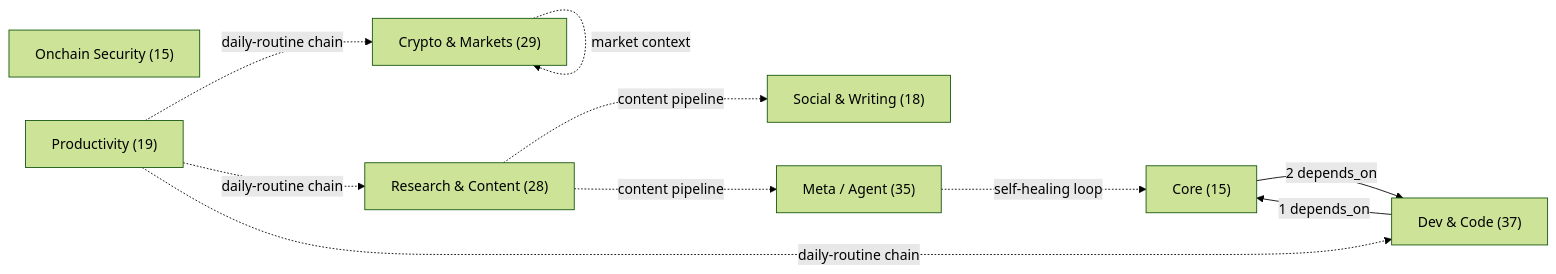
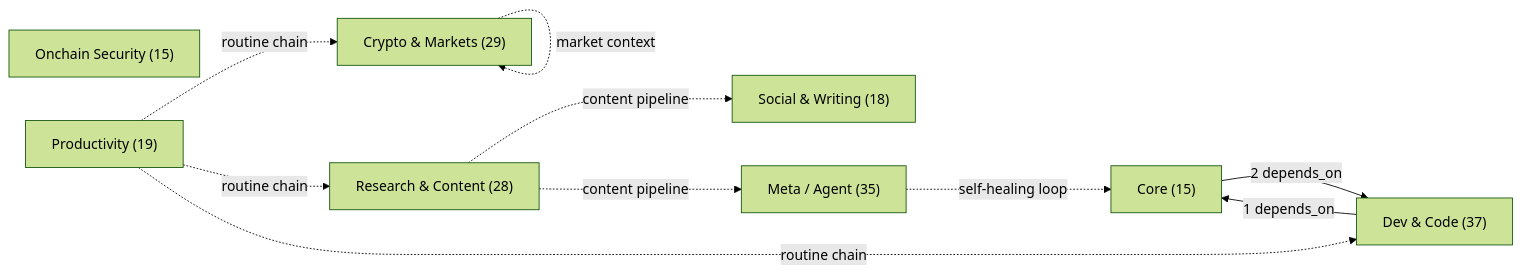
Before and after one commit to aeonfun/aeon: the first of 10 diagrams in docs/skill-graph.md, drawn with Mermaid (forest theme). The commit also changed other lines of this file and 28 other files, not shown here.

````diff
--- a/docs/skill-graph.md
+++ b/docs/skill-graph.md
@@ -34,21 +34,21 @@
 ```mermaid
 flowchart LR
     core["Core (15)"]
     research["Research & Content (28)"]
     dev["Dev & Code (37)"]
     crypto["Crypto & Markets (29)"]
     onchain_security["Onchain Security (15)"]
     social["Social & Writing (18)"]
     productivity["Productivity (19)"]
     meta["Meta / Agent (35)"]
 
     core -->|2 depends_on| dev
     dev -->|1 depends_on| core
     meta -..->|self-healing loop| core
-    productivity -.->|daily-routine chain| crypto
-    productivity -.->|daily-routine chain| research
-    productivity -.->|daily-routine chain| dev
+    productivity -.->|routine chain| crypto
+    productivity -.->|routine chain| research
+    productivity -.->|routine chain| dev
     research -..->|content pipeline| social
     research -..->|content pipeline| meta
     crypto -..->|market context| crypto
 ```
````
